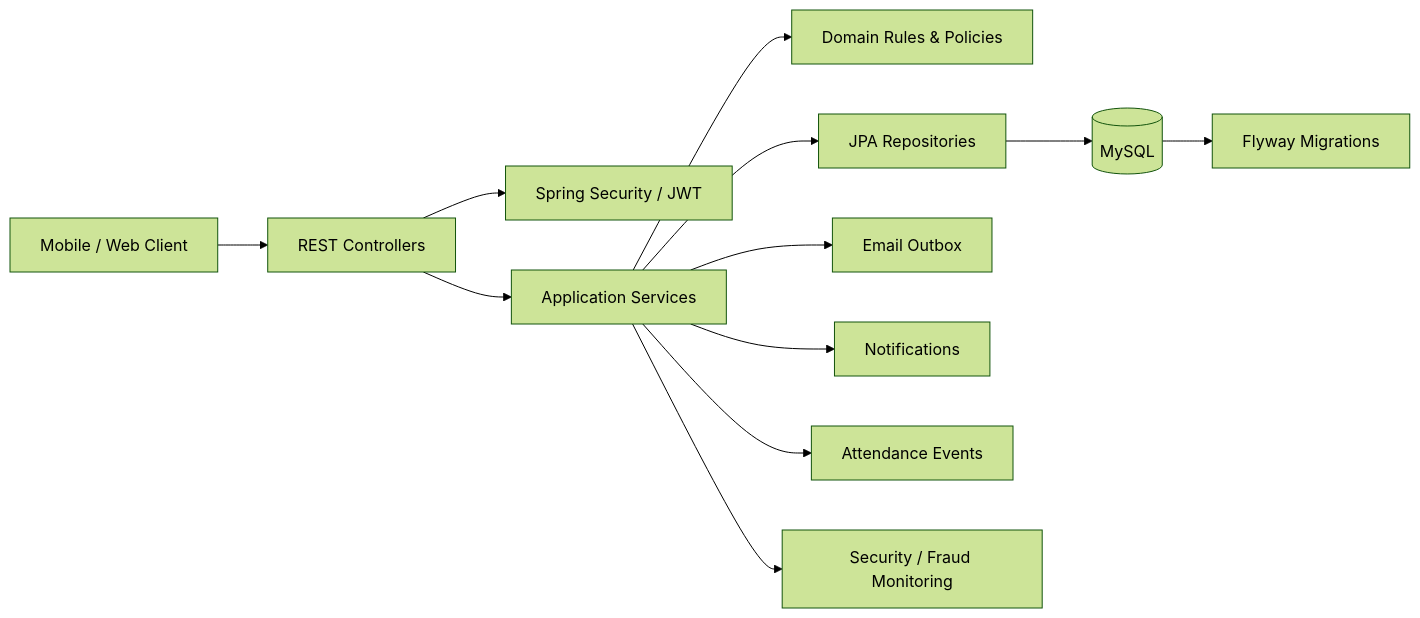
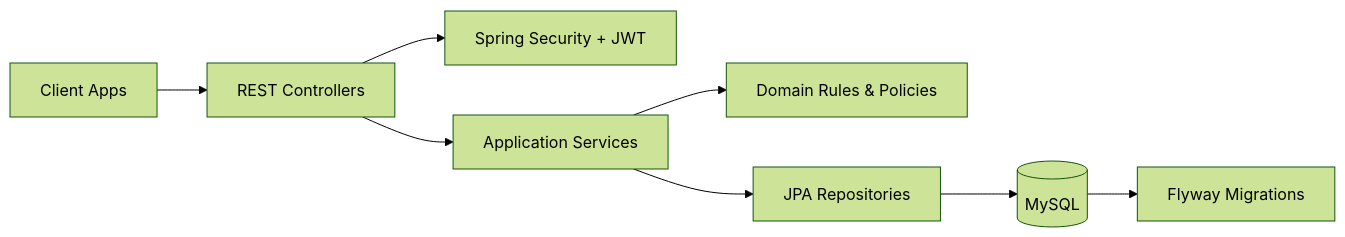
The diagram in README.md (binkadev/Attendance-Check-By-QRcode), drawn with Mermaid (forest theme) before and after one commit. The commit also changed other lines of this file and 3 other files, not shown here.

````diff
--- a/README.md
+++ b/README.md
@@ -190,15 +98,10 @@
 ```mermaid
 flowchart LR
-    Client[Mobile / Web Client] --> API[REST Controllers]
-    API --> Security[Spring Security / JWT]
-    API --> Service[Application Services]
-    Service --> Domain[Domain Rules & Policies]
-    Service --> Repo[JPA Repositories]
-    Repo --> DB[(MySQL)]
-    DB --> Flyway[Flyway Migrations]
-
-    Service --> Mail[Email Outbox]
-    Service --> Notify[Notifications]
-    Service --> Audit[Attendance Events]
-    Service --> Monitor[Security / Fraud Monitoring]
+  Client[Client Apps] --> API[REST Controllers]
+  API --> Sec[Spring Security + JWT]
+  API --> Svc[Application Services]
+  Svc --> Domain[Domain Rules & Policies]
+  Svc --> Repo[JPA Repositories]
+  Repo --> DB[(MySQL)]
+  DB --> Flyway[Flyway Migrations]
 ```
````
